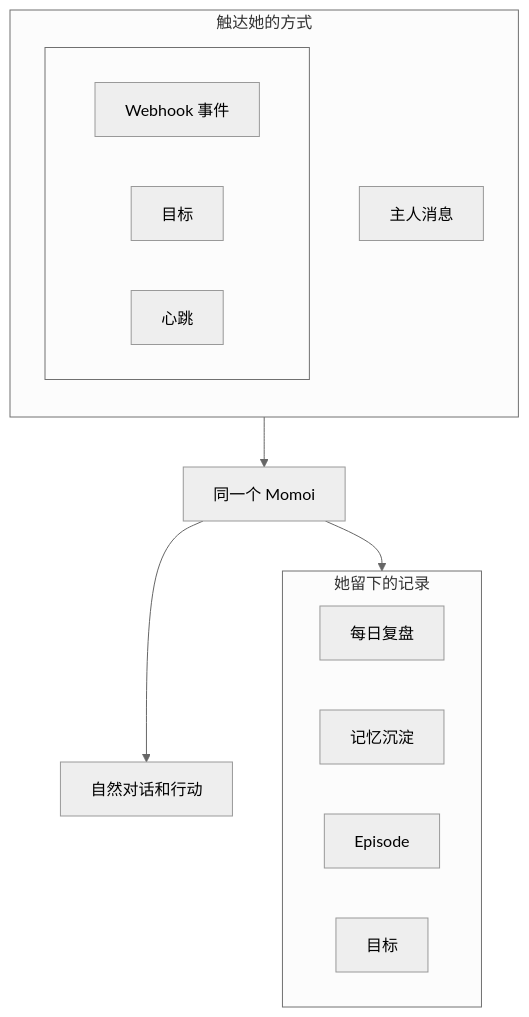
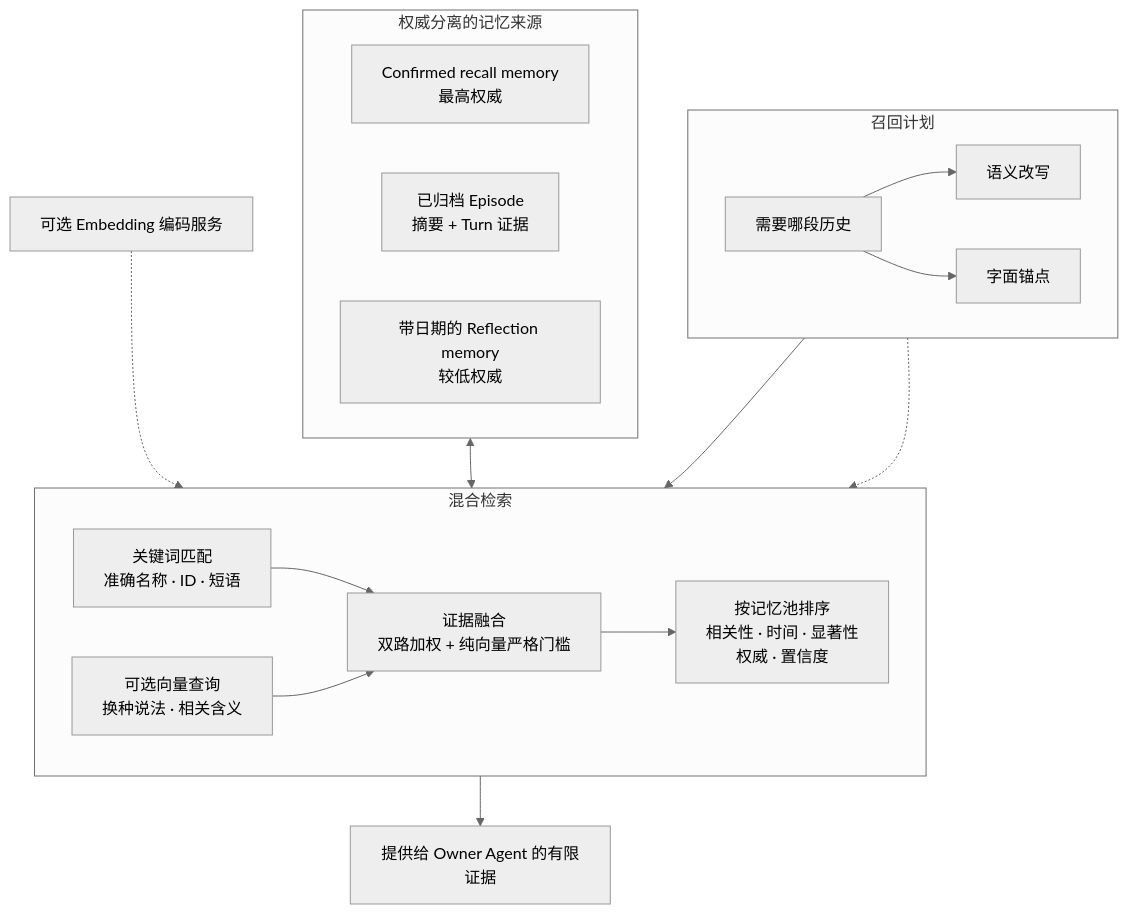
The second of 2 diagrams in README.zh-CN.md (RicterZ/Momoi), drawn with Mermaid (neutral theme) before and after one commit. The commit also changed other lines of this file and 1 other file, not shown here.

````diff
--- a/README.zh-CN.md
+++ b/README.zh-CN.md
@@ -26,25 +138,37 @@
 ```mermaid
 flowchart TB
-  subgraph reach["触达她的方式"]
-    direction TB
-    owner["主人消息"]
-    subgraph also[" "]
-      direction LR
-      events["Webhook 事件"]
-      goal["目标"]
-      heartbeat["心跳"]
-    end
+  subgraph request["召回计划"]
+    direction LR
+    need["需要哪段历史"]
+    rewrite["语义改写"]
+    anchors["字面锚点"]
+    need --> rewrite
+    need --> anchors
   end
-  momoi["同一个 Momoi"]
-  out["自然对话和行动"]
-  subgraph keep["她留下的记录"]
+
+  subgraph retrieval["混合检索"]
     direction LR
-    reflection["每日复盘"]
-    memory["记忆沉淀"]
-    history["Episode"]
-    agenda["目标"]
+    keyword["关键词匹配<br/>准确名称 · ID · 短语"]
+    vector["可选向量查询<br/>换种说法 · 相关含义"]
+    fusion["证据融合<br/>双路加权 + 纯向量严格门槛"]
+    ranking["按记忆池排序<br/>相关性 · 时间 · 显著性<br/>权威 · 置信度"]
+    keyword --> fusion
+    vector --> fusion --> ranking
   end
-  reach --> momoi
-  momoi --> out
-  momoi --> keep
+
+  subgraph pools["权威分离的记忆来源"]
+    direction LR
+    confirmed["Confirmed recall memory<br/>最高权威"]
+    episodes["已归档 Episode<br/>摘要 + Turn 证据"]
+    reflection["带日期的 Reflection memory<br/>较低权威"]
+  end
+
+  selected["提供给 Owner Agent 的有限证据"]
+  encoder["可选 Embedding 编码服务"]
+
+  anchors --> keyword
+  rewrite -.-> vector
+  pools <--> retrieval
+  encoder -.-> vector
+  ranking --> selected
 ```
````
